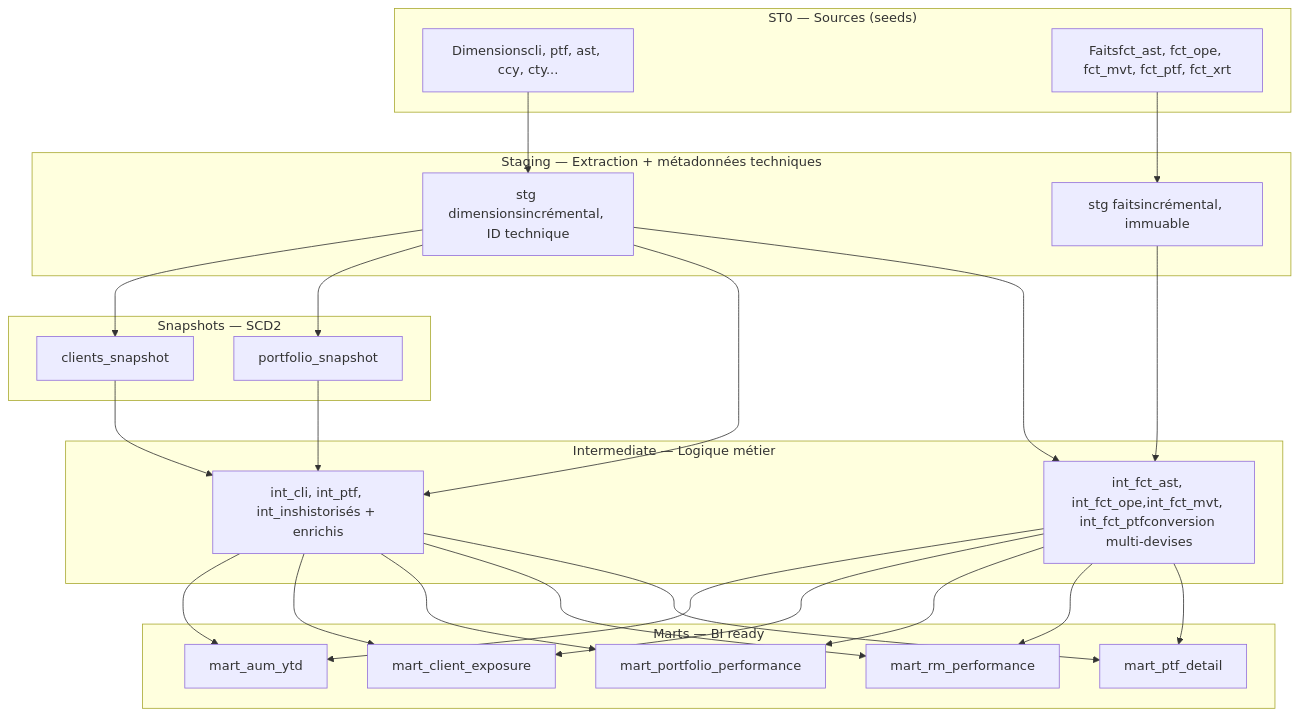
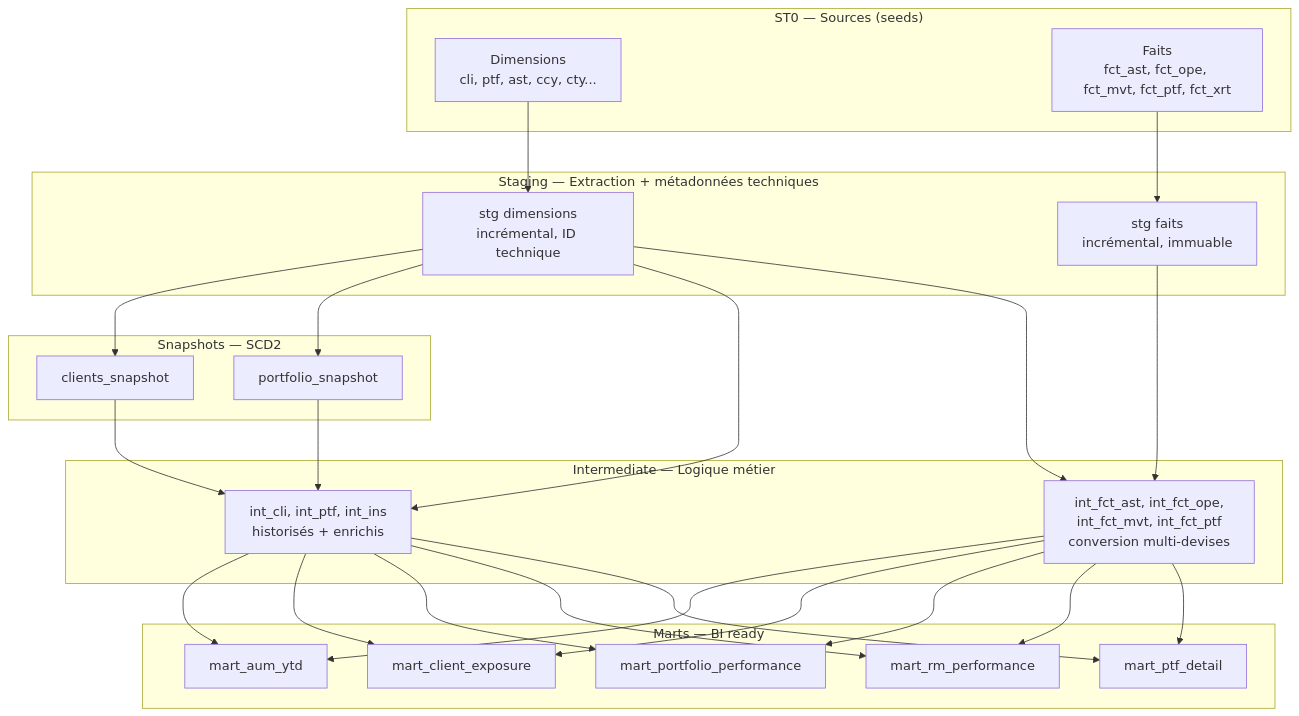
One commit to ThouvenotJeremy/banking-dbt-pipeline changed the diagram in README.md. Above: the diagram before and after it, drawn with Mermaid. The commit also changed other lines of this file, not shown here.

Commit message:
docs: add comprehensive project README with architecture diagram

````diff
--- a/README.md
+++ b/README.md
@@ -30,42 +30,42 @@
 ```mermaid
 graph TD
     subgraph ST0["ST0 — Sources (seeds)"]
-        S0D[Dimensionscli, ptf, ast, ccy, cty...]
-        S0F[Faitsfct_ast, fct_ope, fct_mvt, fct_ptf, fct_xrt]
+        S0D[Dimensions<br/>cli, ptf, ast, ccy, cty...]
+        S0F[Faits<br/>fct_ast, fct_ope, fct_mvt, fct_ptf, fct_xrt]
     end
 
     subgraph STG["Staging — Extraction + métadonnées techniques"]
-        SGD[stg dimensionsincrémental, ID technique]
-        SGF[stg faitsincrémental, immuable]
+        SGD[stg dimensions<br/>incrémental, ID technique]
+        SGF[stg faits<br/>incrémental, immuable]
     end
 
     subgraph SNAP["Snapshots — SCD2"]
         SNC[clients_snapshot]
         SNP[portfolio_snapshot]
     end
 
     subgraph INT["Intermediate — Logique métier"]
-        ID[int_cli, int_ptf, int_inshistorisés + enrichis]
-        IF[int_fct_ast, int_fct_ope,int_fct_mvt, int_fct_ptfconversion multi-devises]
+        ID[int_cli, int_ptf, int_ins<br/>historisés + enrichis]
+        IF[int_fct_ast, int_fct_ope,<br/>int_fct_mvt, int_fct_ptf<br/>conversion multi-devises]
     end
 
     subgraph MART["Marts — BI ready"]
         M1[mart_aum_ytd]
         M2[mart_client_exposure]
         M3[mart_portfolio_performance]
         M4[mart_rm_performance]
         M5[mart_ptf_detail]
     end
 
     S0D --> SGD
     S0F --> SGF
     SGD --> SNC
     SGD --> SNP
     SGD --> ID
     SNC --> ID
     SNP --> ID
     SGF --> IF
     SGD --> IF
     ID --> M1 & M2 & M3 & M4 & M5
     IF --> M1 & M2 & M3 & M4 & M5
 ```
````
